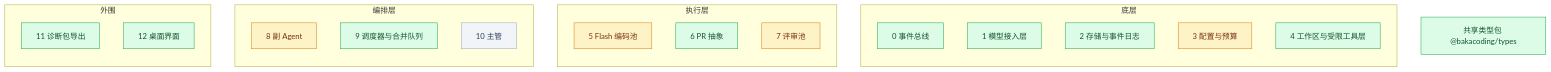
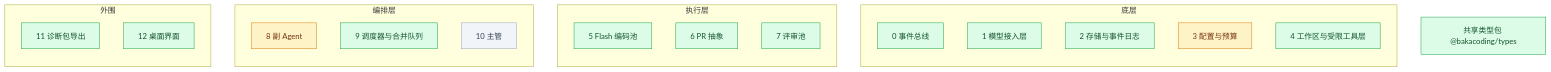
The diagram in docs/progress.md (Akarin7784/BakaCoding), drawn with Mermaid before and after one commit. The commit also changed other lines of this file, not shown here.

Commit message:
docs: progress.md 更新 #46（T-045）合入记录与 main 测试数；模块 5、7 完成

````diff
--- a/docs/progress.md
+++ b/docs/progress.md
@@ -11,33 +11,33 @@
 ```mermaid
 flowchart BT
   subgraph 底层
     M0[0 事件总线]
     M1[1 模型接入层]
     M2[2 存储与事件日志]
     M3[3 配置与预算]
     M4[4 工作区与受限工具层]
   end
   subgraph 执行层
     M5[5 Flash 编码池]
     M6[6 PR 抽象]
     M7[7 评审池]
   end
   subgraph 编排层
     M8[8 副 Agent]
     M9[9 调度器与合并队列]
     M10[10 主管]
   end
   subgraph 外围
     M11[11 诊断包导出]
     M12[12 桌面界面]
   end
   T[共享类型包 @bakacoding/types]
 
   classDef todo fill:#f1f5f9,stroke:#94a3b8,color:#334155
   classDef doing fill:#fef3c7,stroke:#d97706,color:#78350f
   classDef done fill:#dcfce7,stroke:#16a34a,color:#14532d
 
-  class M0,M1,M2,M4,M6,M9,M11,M12,T done
-  class M3,M5,M7,M8 doing
+  class M0,M1,M2,M4,M5,M6,M7,M9,M11,M12,T done
+  class M3,M8 doing
   class M10 todo
 ```
````
